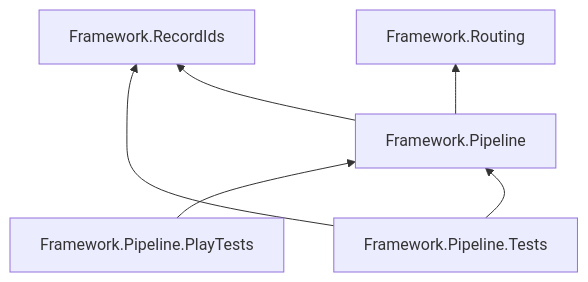
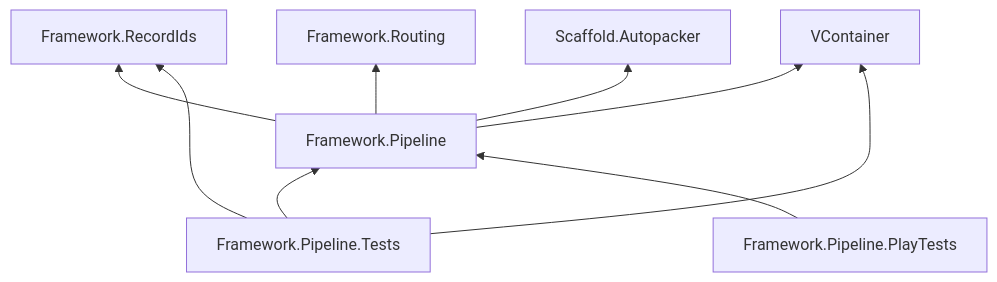
The second of 2 diagrams in Product/spikes/infra-command-pipeline.md (MgCohen/Card-Framework), drawn with Mermaid before and after one commit. The commit also changed other lines of this file, not shown here.

````diff
--- a/Product/spikes/infra-command-pipeline.md
+++ b/Product/spikes/infra-command-pipeline.md
@@ -445,8 +483,11 @@
 ```mermaid
 flowchart BT
   P["Framework.Pipeline"] --> I["Framework.RecordIds"]
   P --> R["Framework.Routing"]
+  P --> A["Scaffold.Autopacker"]
+  P --> V["VContainer"]
   T["Framework.Pipeline.Tests"] --> P
   T --> I
+  T --> V
   PT["Framework.Pipeline.PlayTests"] --> P
 ```
````
